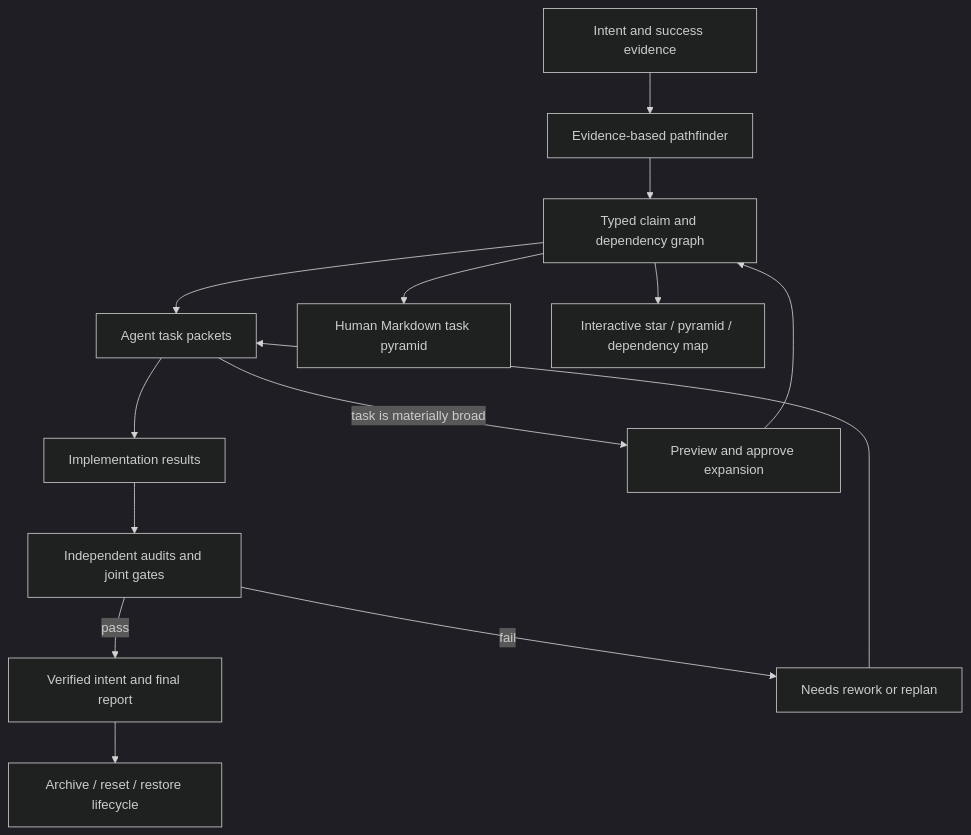
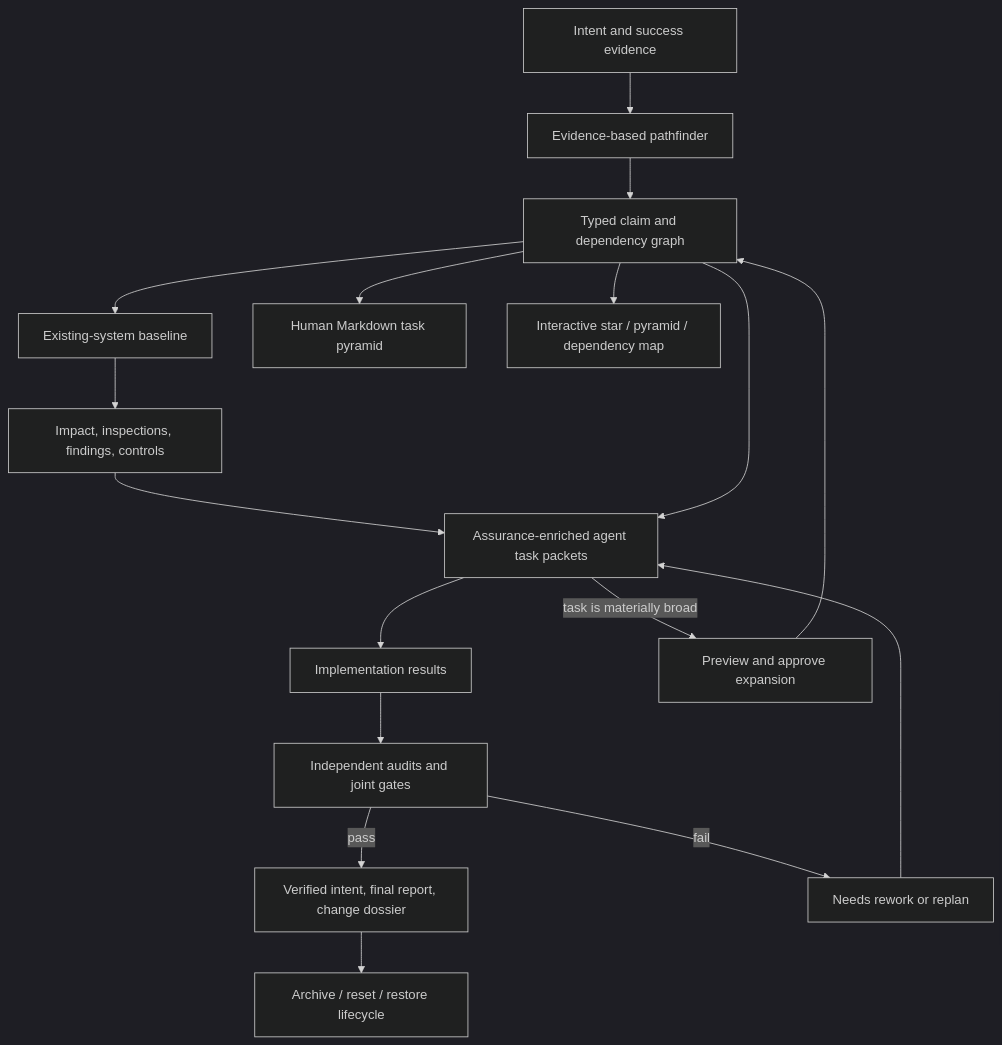
One commit to KMerdan/pyramid-task changed the diagram in README.md. Above: the diagram before and after it, drawn with Mermaid (dark theme). The commit also changed other lines of this file and 43 other files, not shown here.

Commit message:
Release Pyramid Task V3 brownfield assurance

````diff
--- a/README.md
+++ b/README.md
@@ -45,16 +52,19 @@
 ```mermaid
 flowchart TD
     I["Intent and success evidence"] --> P["Evidence-based pathfinder"]
     P --> G["Typed claim and dependency graph"]
-    G --> T["Agent task packets"]
+    G --> B["Existing-system baseline"]
+    B --> X["Impact, inspections, findings, controls"]
+    X --> T["Assurance-enriched agent task packets"]
+    G --> T
     G --> H["Human Markdown task pyramid"]
     G --> V["Interactive star / pyramid / dependency map"]
     T --> E["Implementation results"]
     E --> A["Independent audits and joint gates"]
-    A -->|pass| C["Verified intent and final report"]
+    A -->|pass| C["Verified intent, final report, change dossier"]
     A -->|fail| R["Needs rework or replan"]
     R --> T
-    T -->|task is materially broad| X["Preview and approve expansion"]
-    X --> G
+    T -->|task is materially broad| Q["Preview and approve expansion"]
+    Q --> G
     C --> L["Archive / reset / restore lifecycle"]
 ```
````
